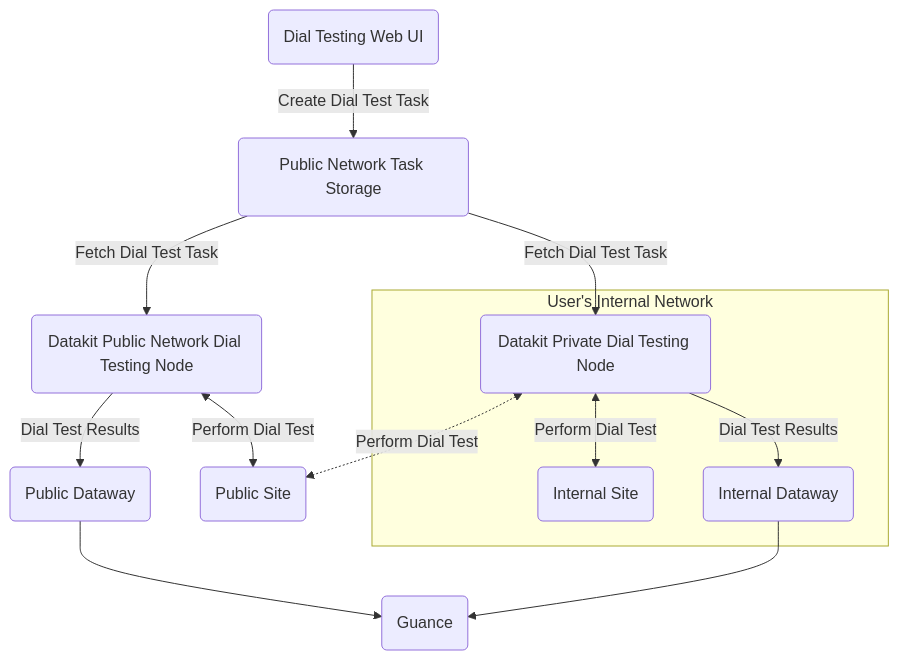
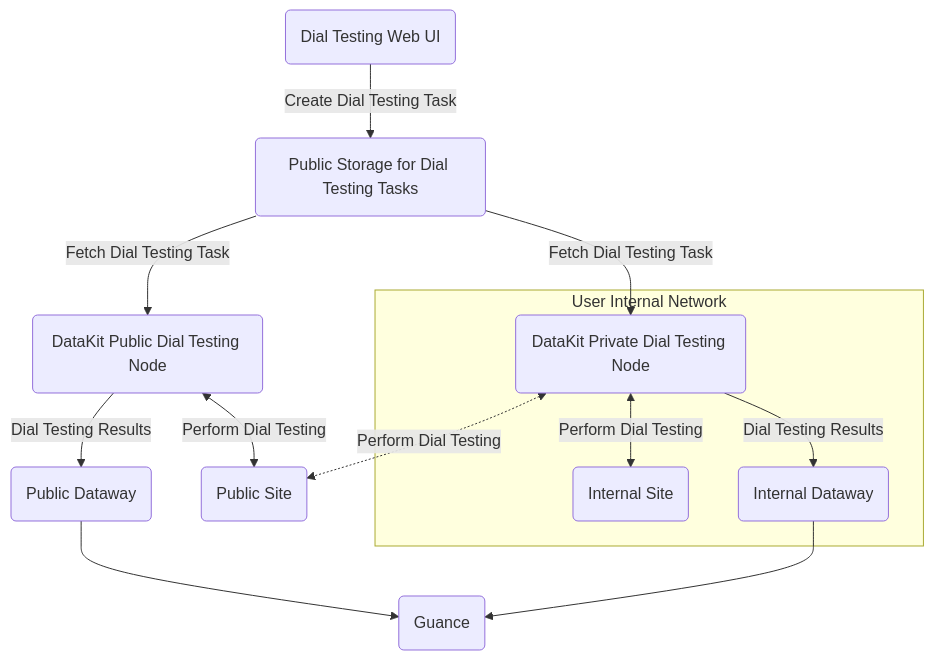
Before and after one commit to GuanceCloud/guance-docs: the diagram in docs/en-ai/integrations/dialtesting.md, drawn with Mermaid. The commit also changed other lines of this file and 1830 other files, not shown here.

````diff
--- a/docs/en-ai/integrations/dialtesting.md
+++ b/docs/en-ai/integrations/dialtesting.md
@@ -140,27 +142,27 @@
 ```mermaid
 graph TD
   %% node definitions
   dt_web(Dial Testing Web UI);
-  dt_db(Public Network Task Storage);
-  dt_pub(Datakit Public Network Dial Testing Node);
-  dt_pri(Datakit Private Dial Testing Node);
+  dt_db(Public Storage for Dial Testing Tasks);
+  dt_pub(DataKit Public Dial Testing Node);
+  dt_pri(DataKit Private Dial Testing Node);
   site_inner(Internal Site);
   site_pub(Public Site);
   dw_inner(Internal Dataway);
   dw_pub(Public Dataway);
   guance(Guance);
 
   %%%%%%%%%%%%%%%%%%%%%%%%%%%%%%%
 
-  dt_web -->|Create Dial Test Task| dt_db;
-  dt_db -->|Fetch Dial Test Task| dt_pub -->|Dial Test Results| dw_pub --> guance;
-  dt_db -->|Fetch Dial Test Task| dt_pri;
-  dt_pub <-->|Perform Dial Test| site_pub;
+  dt_web -->|Create Dial Testing Task| dt_db;
+  dt_db -->|Fetch Dial Testing Task| dt_pub -->|Dial Testing Results| dw_pub --> guance;
+  dt_db -->|Fetch Dial Testing Task| dt_pri;
+  dt_pub <-->|Perform Dial Testing| site_pub;
 
-  dt_pri <-.->|Perform Dial Test| site_pub;
+  dt_pri <-.->|Perform Dial Testing| site_pub;
   dw_inner --> guance;
-  subgraph "User's Internal Network"
-  dt_pri <-->|Perform Dial Test| site_inner;
-  dt_pri -->|Dial Test Results| dw_inner;
+  subgraph "User Internal Network"
+  dt_pri <-->|Perform Dial Testing| site_inner;
+  dt_pri -->|Dial Testing Results| dw_inner;
   end
 ```
````
